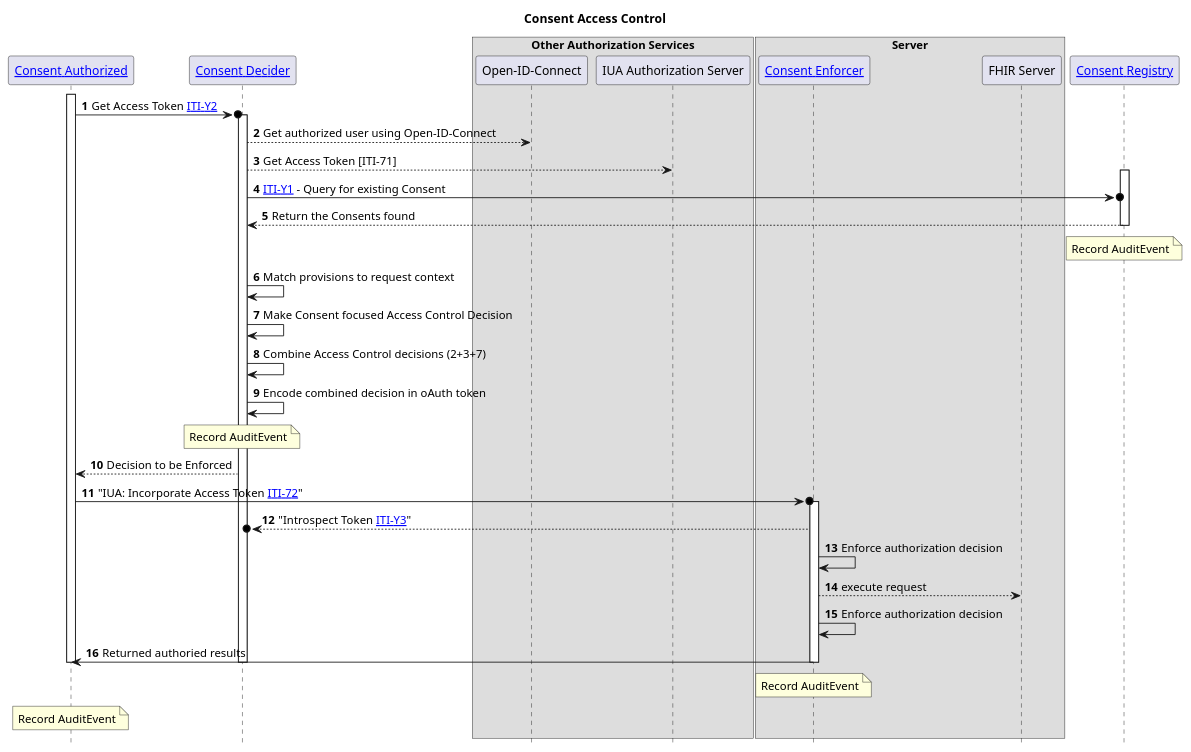
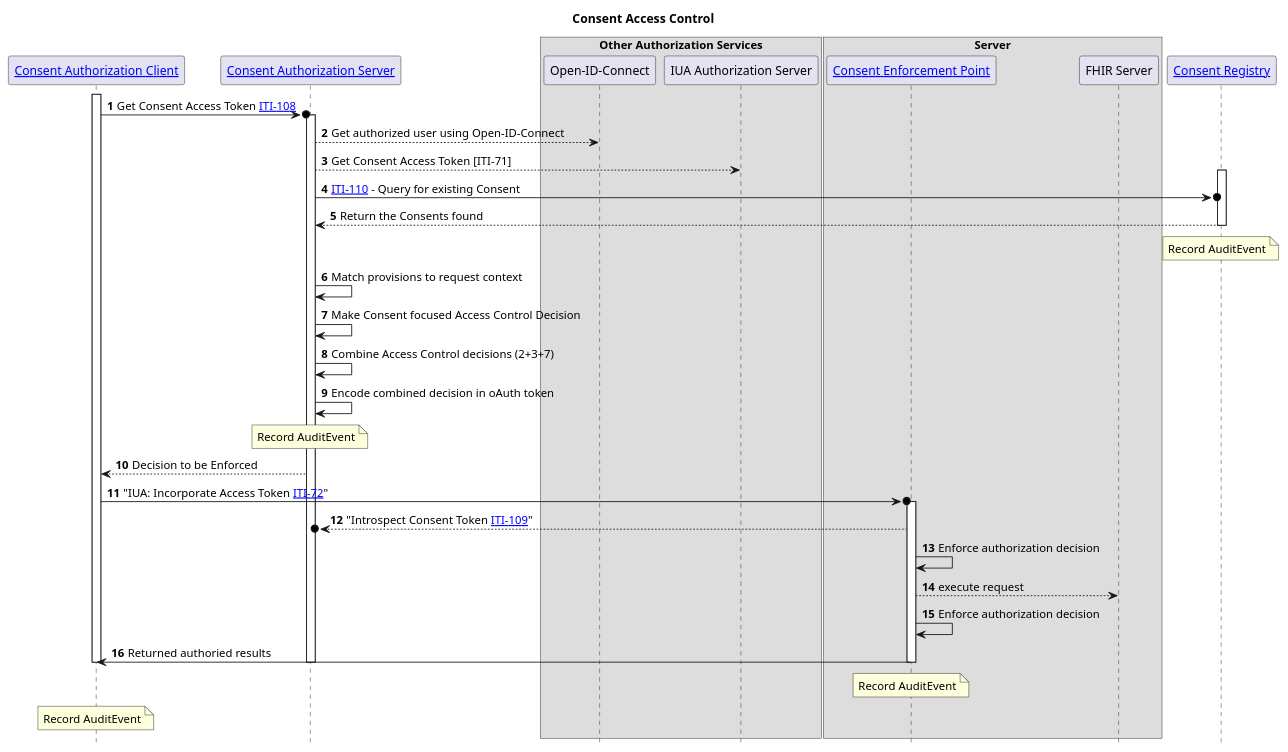
The diagram in input/images-source/usecase3-processflow.plantuml (IHE/ITI.PCF), drawn with PlantUML before and after one commit. The commit also changed 15 other files, not shown here.

```diff
--- a/input/images-source/usecase3-processflow.plantuml
+++ b/input/images-source/usecase3-processflow.plantuml
@@ -1,50 +1,50 @@
 @startuml
 skinparam svgDimensionStyle false
 hide footbox
 autonumber
 title "Consent Access Control"
-participant "[[#consentclient Consent Authorized]]" as client
-participant "[[#consentdecider Consent Decider]]" as decision
+participant "[[#consentAuthorizationClient Consent Authorization Client]]" as client
+participant "[[#consentAuthorizationServer Consent Authorization Server]]" as decision
 box "Other Authorization Services"
 participant "Open-ID-Connect" as oidc
 participant "IUA Authorization Server" as IUA
 end box
 box "Server"
-participant "[[#consentenforce Consent Enforcer]]" as server
+participant "[[#consentEnforcementPoint Consent Enforcement Point]]" as server
 participant "FHIR Server" as fhir
 end box
-participant "[[#consentregistry Consent Registry]]" as registry
+participant "[[#consentRegistry Consent Registry]]" as registry
 activate client
-client ->o decision : Get Access Token [[ITI-Y2.html ITI-Y2]]
+client ->o decision : Get Consent Access Token [[ITI-108.html ITI-108]]
 activate decision
 decision --> oidc : Get authorized user using Open-ID-Connect
-decision --> IUA : Get Access Token [ITI-71]
+decision --> IUA : Get Consent Access Token [ITI-71]
 activate registry
-decision ->o registry : [[ITI-Y1.html ITI-Y1]] - Query for existing Consent
+decision ->o registry : [[ITI-110.html ITI-110]] - Query for existing Consent
 registry --> decision : Return the Consents found
 note over registry : Record AuditEvent
 deactivate registry
 
 decision -> decision : Match provisions to request context
 decision -> decision : Make Consent focused Access Control Decision
 decision -> decision : Combine Access Control decisions (2+3+7)
 decision -> decision : Encode combined decision in oAuth token
 note over decision : Record AuditEvent
 
 decision --> client:  Decision to be Enforced
 client ->o server : "IUA: Incorporate Access Token [[https://profiles.ihe.net/ITI/IUA/index.html#372-incorporate-access-token-iti-72 ITI-72]]"
 activate server
-server -->o decision : "Introspect Token [[ITI-Y3.html ITI-Y3]]"
+server -->o decision : "Introspect Consent Token [[ITI-109.html ITI-109]]"
 server -> server: Enforce authorization decision
 server --> fhir : execute request
 server -> server: Enforce authorization decision
 client <- server : Returned authoried results
 deactivate server
 deactivate decision 
 
 note over server : Record AuditEvent
 deactivate server
 
 note over client : Record AuditEvent
 deactivate client 
 @enduml
```
